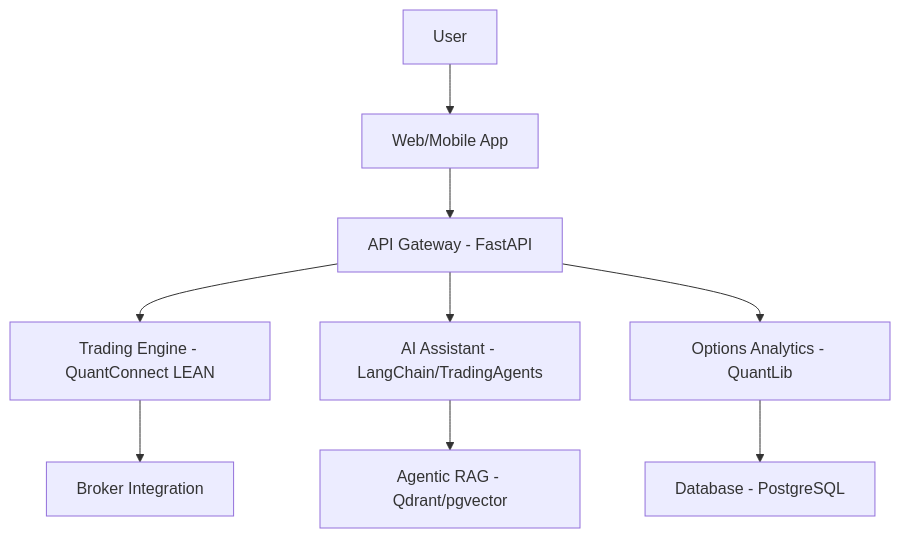
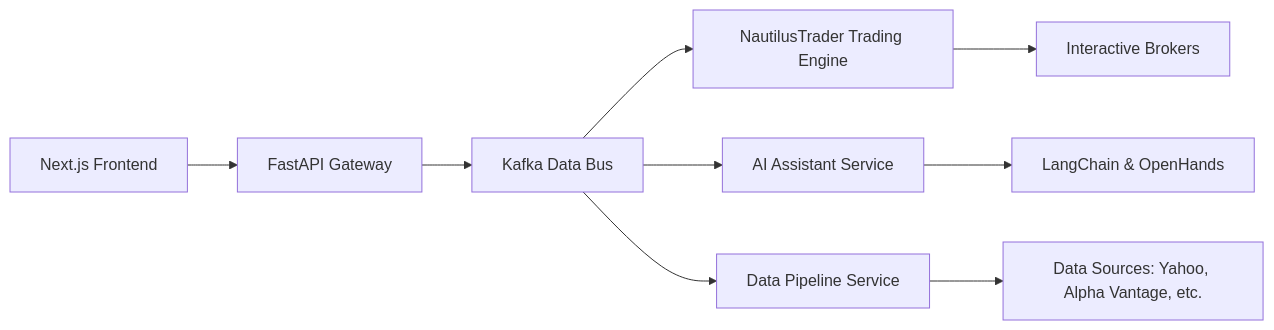
Before and after one commit to vincentspereira/Algorithmic-Trading-System: the second of 2 diagrams in docs/04. Product Requirements Document (PRD) - Algorithmic Trading System.markdown, drawn with Mermaid. The commit also changed other lines of this file and 40 other files, not shown here.

````diff
--- a/docs/04. Product Requirements Document (PRD) - Algorithmic Trading System.markdown
+++ b/docs/04. Product Requirements Document (PRD) - Algorithmic Trading System.markdown
@@ -292,11 +196,11 @@
 ```mermaid
-graph TD
-    A[User] --> B[Web/Mobile App]
-    B --> C[API Gateway - FastAPI]
-    C --> D[Trading Engine - QuantConnect LEAN]
-    C --> E[AI Assistant - LangChain/TradingAgents]
-    C --> F[Options Analytics - QuantLib]
-    D --> G[Broker Integration]
-    E --> H[Agentic RAG - Qdrant/pgvector]
-    F --> I[Database - PostgreSQL]
+graph LR
+    A[Next.js Frontend] --> B[FastAPI Gateway]
+    B --> C[Kafka Data Bus]
+    C --> D[NautilusTrader Trading Engine]
+    C --> E[AI Assistant Service]
+    C --> F[Data Pipeline Service]
+    F --> G[Data Sources: Yahoo, Alpha Vantage, etc.]
+    D --> H[Interactive Brokers]
+    E --> I[LangChain & OpenHands]
 ```
````
